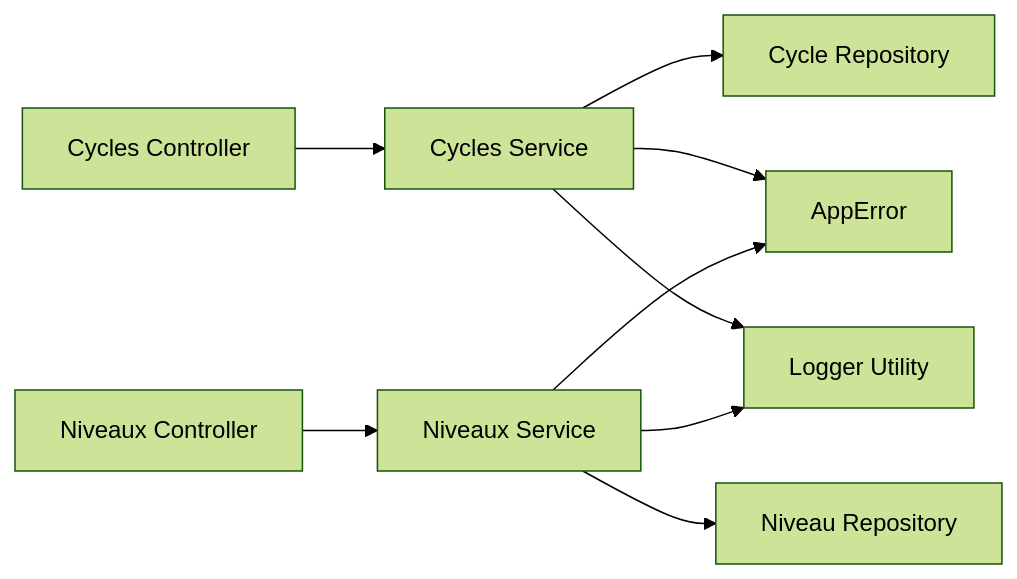
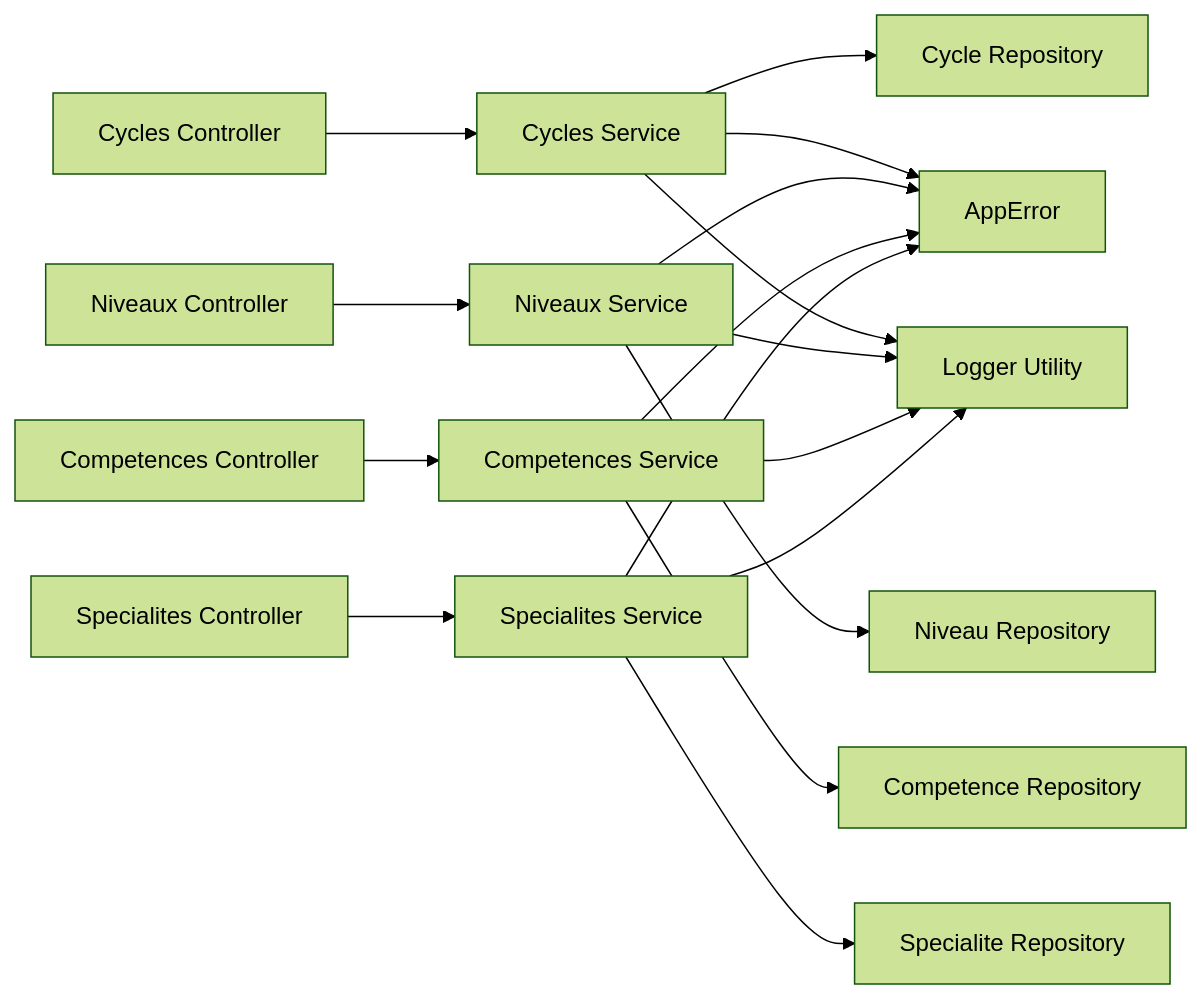
Before and after one commit to franckylab/eLISAschool: the tenth of 10 diagrams in .qoder/repowiki/en/content/Modules & Features/Academic Modules/Curriculum Structure (Cycles & Levels).md, drawn with Mermaid (forest theme). The commit also changed other lines of this file and 77 other files, not shown here.

````diff
--- a/.qoder/repowiki/en/content/Modules & Features/Academic Modules/Curriculum Structure (Cycles & Levels).md
+++ b/.qoder/repowiki/en/content/Modules & Features/Academic Modules/Curriculum Structure (Cycles & Levels).md
@@ -381,11 +629,19 @@
 ```mermaid
 graph LR
 CtlC["Cycles Controller"] --> SvcC["Cycles Service"]
 CtlN["Niveaux Controller"] --> SvcN["Niveaux Service"]
+CtlComp["Competences Controller"] --> SvcComp["Competences Service"]
+CtlSpec["Specialites Controller"] --> SvcSpec["Specialites Service"]
 SvcC --> RepoC["Cycle Repository"]
 SvcN --> RepoN["Niveau Repository"]
+SvcComp --> RepoComp["Competence Repository"]
+SvcSpec --> RepoSpec["Specialite Repository"]
 SvcC --> Err["AppError"]
 SvcN --> Err
+SvcComp --> Err
+SvcSpec --> Err
 SvcC --> Log["Logger Utility"]
 SvcN --> Log
+SvcComp --> Log
+SvcSpec --> Log
 ```
````
